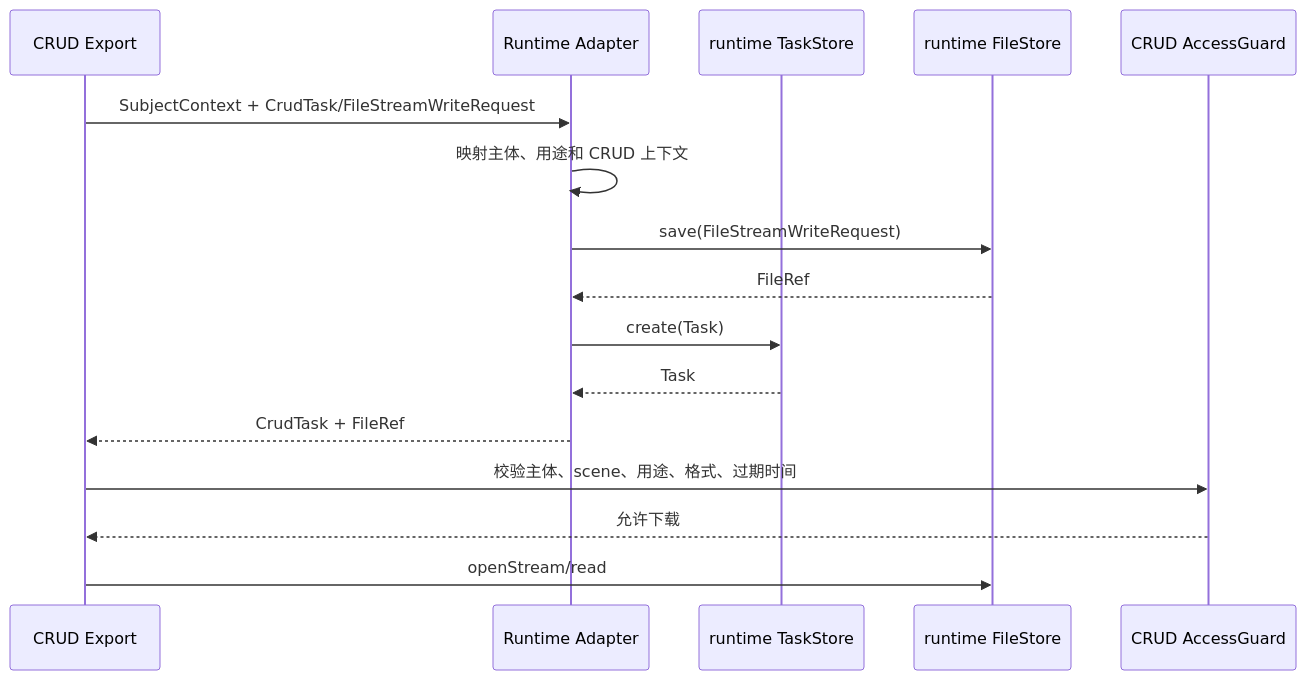
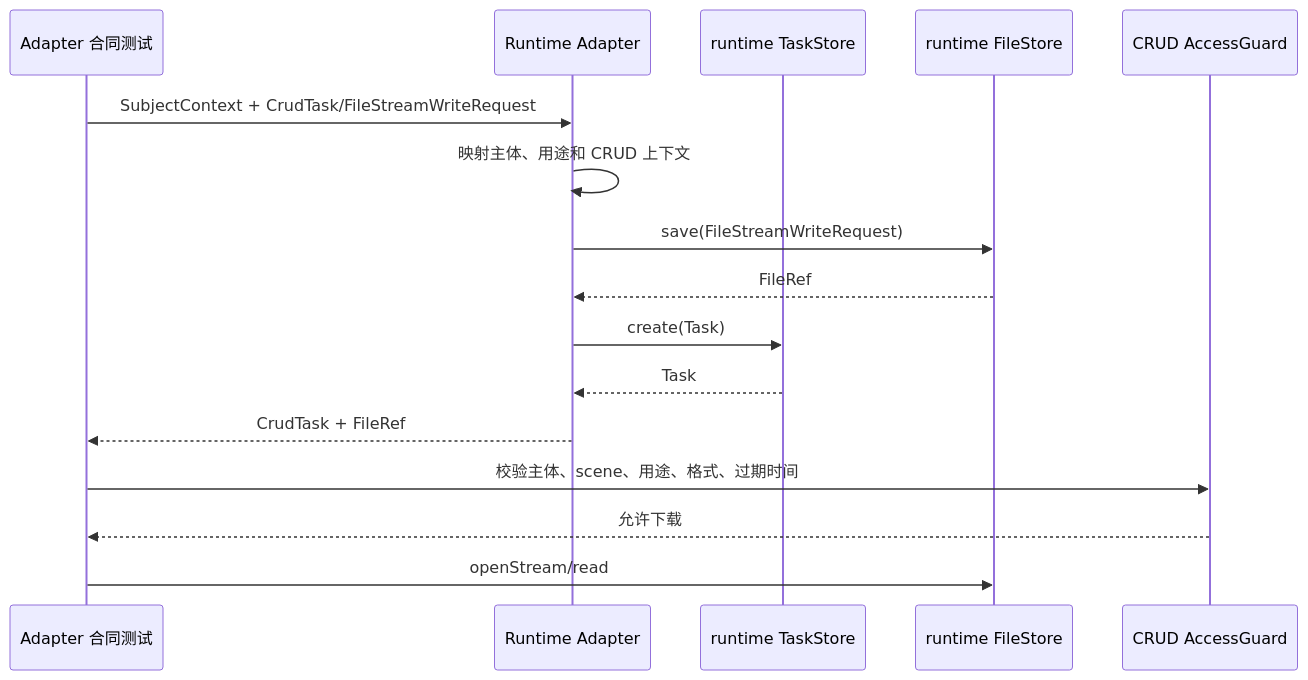
Before and after one commit to ent-loom/ent-loom: the second of 2 diagrams in docs/architecture/core/运行时适配最小闭环.md, drawn with Mermaid. The commit also changed other lines of this file and 8 other files, not shown here.

````diff
--- a/docs/architecture/core/运行时适配最小闭环.md
+++ b/docs/architecture/core/运行时适配最小闭环.md
@@ -43,19 +43,19 @@
 ```mermaid
 sequenceDiagram
-    participant C as CRUD Export
+    participant C as Adapter 合同测试
     participant A as Runtime Adapter
     participant T as runtime TaskStore
     participant F as runtime FileStore
     participant G as CRUD AccessGuard
 
     C->>A: SubjectContext + CrudTask/FileStreamWriteRequest
     A->>A: 映射主体、用途和 CRUD 上下文
     A->>F: save(FileStreamWriteRequest)
     F-->>A: FileRef
     A->>T: create(Task)
     T-->>A: Task
     A-->>C: CrudTask + FileRef
     C->>G: 校验主体、scene、用途、格式、过期时间
     G-->>C: 允许下载
     C->>F: openStream/read
 ```
````
